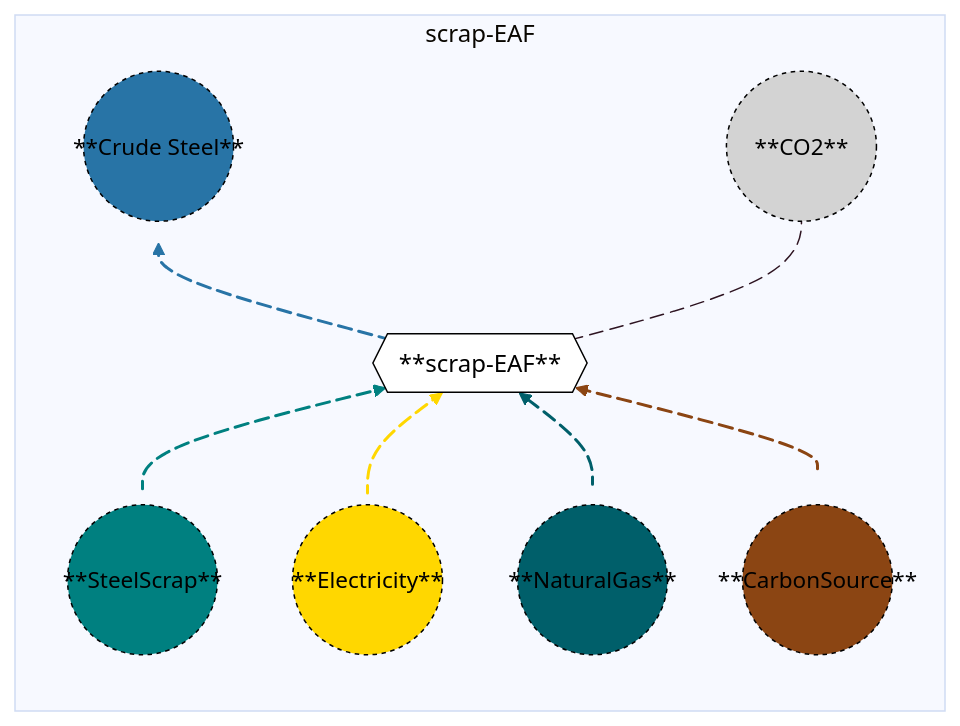
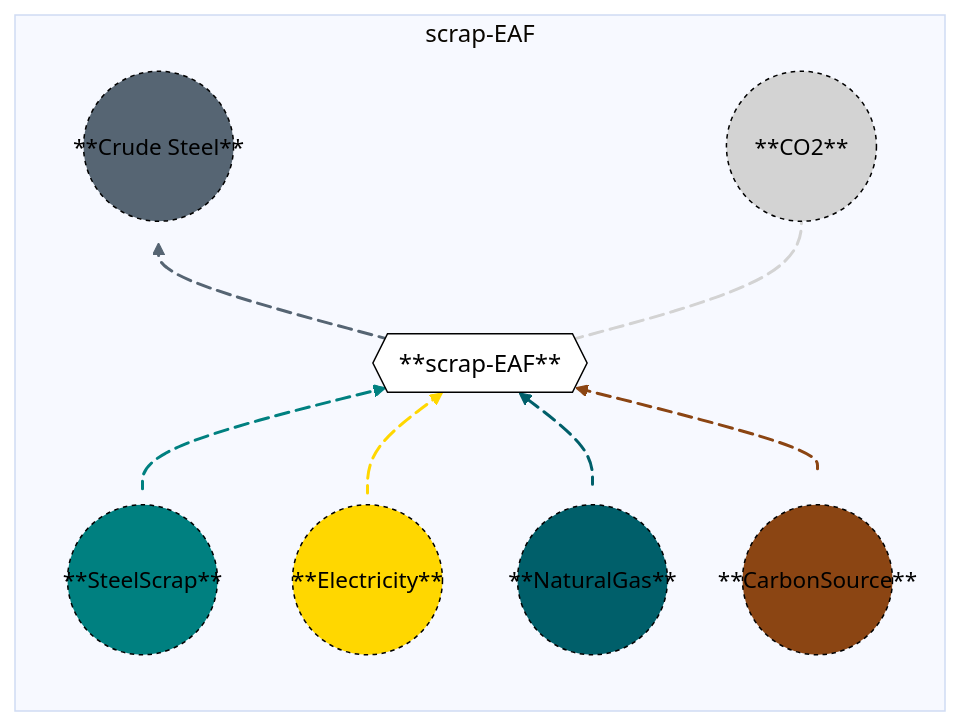
One commit to acheng1757/MacroEnergy-Abbie.jl changed the diagram in docs/src/Manual/assets/standalonelectricarcfurance.md. Above: the diagram before and after it, drawn with Mermaid.

Commit message:
Update color styles for C1 and linkStyle 4

````diff
--- a/docs/src/Manual/assets/standalonelectricarcfurance.md
+++ b/docs/src/Manual/assets/standalonelectricarcfurance.md
@@ -25,35 +25,36 @@
 ```mermaid
 %%{init: {'theme': 'base', 'themeVariables': { 'background': '#D1EBDE' }}}%%
 flowchart BT
   subgraph scrap-EAF
   direction BT
     A1(("**SteelScrap**")) e1@-->B{{"**scrap-EAF**"}}
     A2(("**Electricity**")) e2@-->B{{"**scrap-EAF**"}}
     A3(("**NaturalGas**")) e3@-->B{{"**scrap-EAF**"}}
     A4(("**CarbonSource**")) e4@-->B{{"**scrap-EAF**"}}
     B{{"**scrap-EAF**"}} e5@-->C1(("**Crude Steel**"))
     B{{"**scrap-EAF**"}} e6@-->C2(("**CO2**"))
 
     e1@{ animate: true }
     e2@{ animate: true }
     e3@{ animate: true }
     e4@{ animate: true }
     e5@{ animate: true }
     e6@{ animate: true }
  end
     style A1 font-size:15px,r:50px,fill:#008080,stroke:black,color:black,stroke-dasharray: 3,5;
     style A2 font-size:15px,r:50px,fill:#FFD700,stroke:black,color:black,stroke-dasharray: 3,5;
     style A3 font-size:15px,r:50px,fill:#005F6A,stroke:black,color:black,stroke-dasharray: 3,5;
     style A4 font-size:15px,r:50px,fill:#8B4513,stroke:black,color:black,stroke-dasharray: 3,5;
 
     style B fill:white,stroke:black,color:black;
-    style C1 font-size:15px,r:50px,fill:#2874A6,stroke:black,color:black,stroke-dasharray: 3,5;
+    style C1 font-size:15px,r:50px,fill:#566573,stroke:black,color:black,stroke-dasharray: 3,5;
     style C2 font-size:15px,r:50px,fill:lightgray,stroke:black,color:black,stroke-dasharray: 3,5;
 
     linkStyle 0 stroke:#008080, stroke-width: 2px;
     linkStyle 1 stroke:#FFD700, stroke-width: 2px;
     linkStyle 2 stroke:#005F6A, stroke-width: 2px;
     linkStyle 3 stroke:#8B4513, stroke-width: 2px;
-    linkStyle 4 stroke:#2874A6, stroke-width: 2px;
+    linkStyle 4 stroke:#566573, stroke-width: 2px;
+    linkStyle 5 stroke:lightgray, stroke-width: 2px
 
 ```
````
